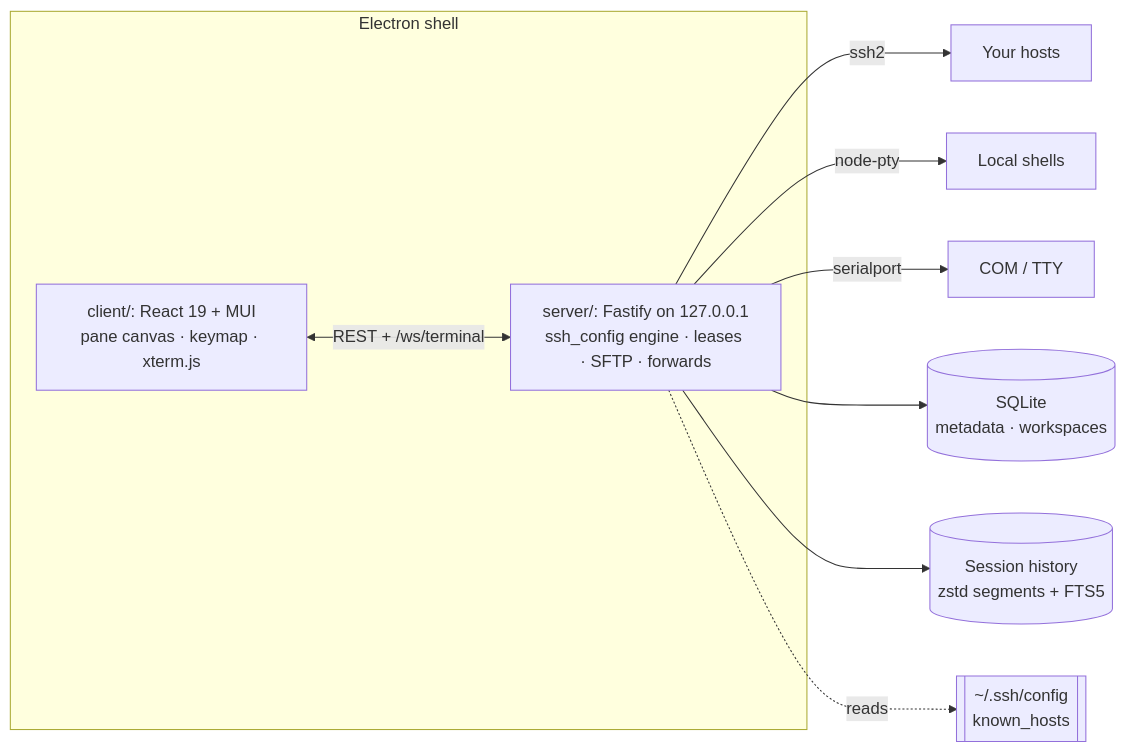
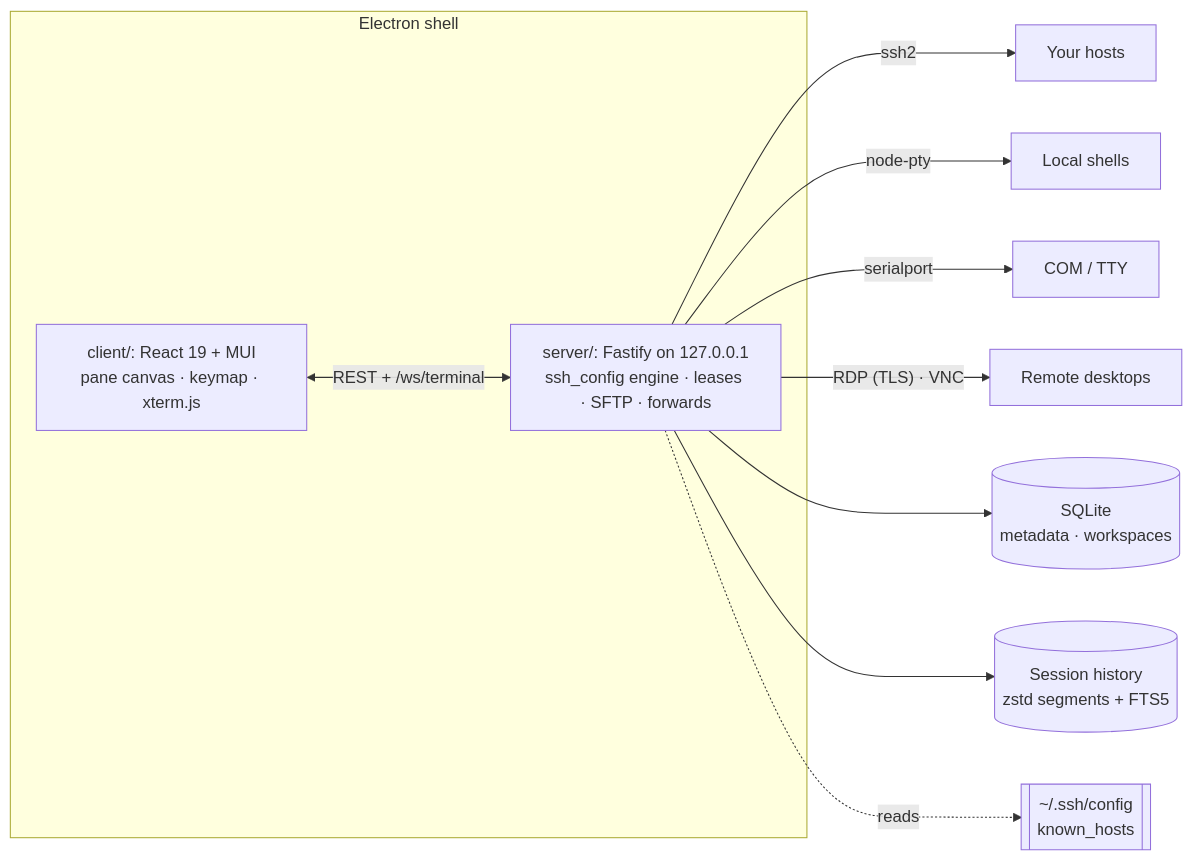
Before and after one commit to FloSch62/muxus: the first of 2 diagrams in docs/reference/architecture.md, drawn with Mermaid. The commit also changed other lines of this file and 22 other files, not shown here.

First line of the commit message:
Document remote desktops and show one in the screenshot sandbox

````diff
--- a/docs/reference/architecture.md
+++ b/docs/reference/architecture.md
@@ -10,14 +10,15 @@
 ```mermaid
 flowchart LR
   subgraph Desktop["Electron shell"]
     Client["client/: React 19 + MUI<br/>pane canvas · keymap · xterm.js"]
     Server["server/: Fastify on 127.0.0.1<br/>ssh_config engine · leases · SFTP · forwards"]
   end
   Client <-->|"REST + /ws/terminal"| Server
   Server -->|ssh2| Hosts["Your hosts"]
   Server -->|node-pty| Local["Local shells"]
   Server -->|serialport| Serial["COM / TTY"]
+  Server -->|"RDP (TLS) · VNC"| Desktops["Remote desktops"]
   Server --> DB[("SQLite<br/>metadata · workspaces")]
   Server --> History[("Session history<br/>zstd segments + FTS5")]
   Server -.reads.-> Config[["~/.ssh/config<br/>known_hosts"]]
 ```
````
